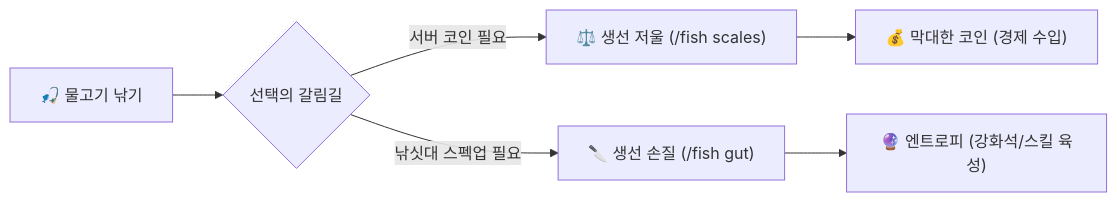
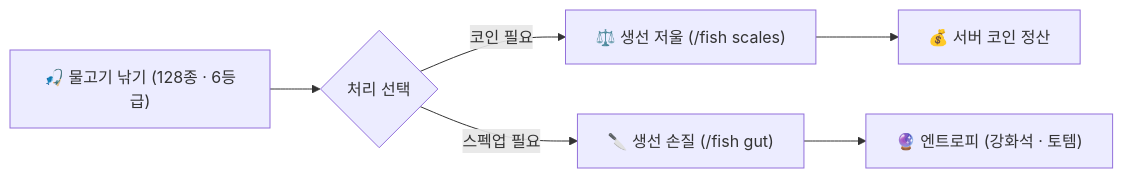
One commit to 013noru/Dolphin changed the diagram in guide/08-1.md. Above: the diagram before and after it, drawn with Mermaid. The commit also changed other lines of this file and 17 other files, not shown here.

````diff
--- a/guide/08-1.md
+++ b/guide/08-1.md
@@ -184,8 +8,8 @@
 ```mermaid
 flowchart LR
-    A["🎣 물고기 낚기"] --> B{"선택의 갈림길"}
-    B -->|"서버 코인 필요"| C["⚖️ 생선 저울 (/fish scales)"]
-    B -->|"낚싯대 스펙업 필요"| D["🔪 생선 손질 (/fish gut)"]
-    C --> E["💰 막대한 코인 (경제 수입)"]
-    D --> F["🔮 엔트로피 (강화석/스킬 육성)"]
+    A["🎣 물고기 낚기 (128종 · 6등급)"] --> B{"처리 선택"}
+    B -->|"코인 필요"| C["⚖️ 생선 저울 (/fish scales)"]
+    B -->|"스펙업 필요"| D["🔪 생선 손질 (/fish gut)"]
+    C --> E["💰 서버 코인 정산"]
+    D --> F["🔮 엔트로피 (강화석 · 토템)"]
 ```
````
